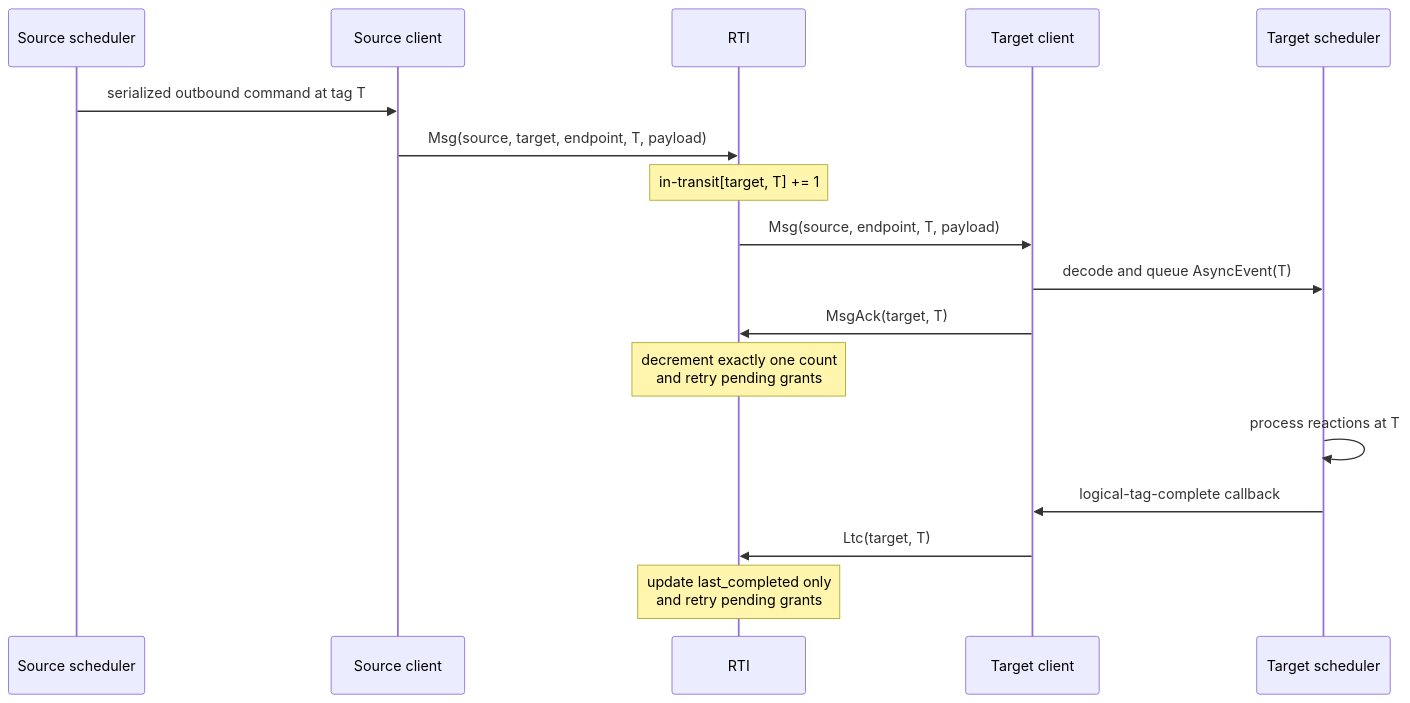
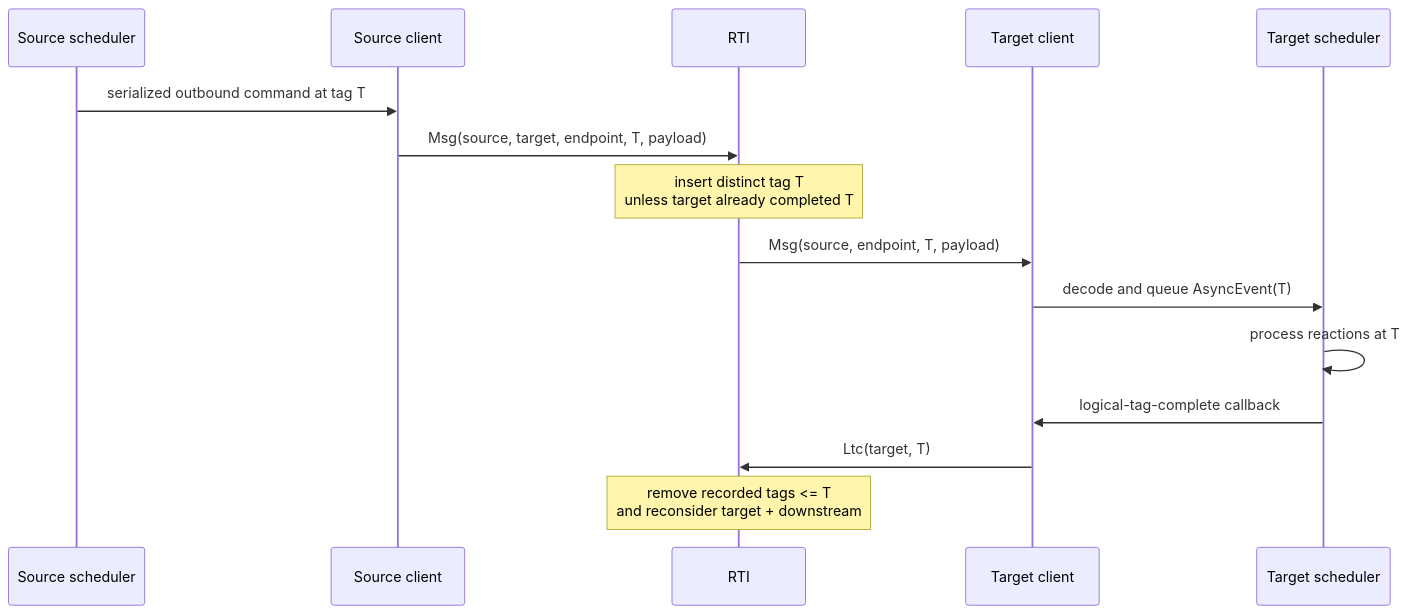
One commit to jondo2010/boomerang changed the third of 4 diagrams in docs/federated-protocol.md. Above: the diagram before and after it, drawn with Mermaid. The commit also changed other lines of this file and 24 other files, not shown here.

````diff
--- a/docs/federated-protocol.md
+++ b/docs/federated-protocol.md
@@ -132,20 +184,18 @@
 ```mermaid
 sequenceDiagram
     participant SS as Source scheduler
     participant SC as Source client
     participant R as RTI
     participant TC as Target client
     participant TS as Target scheduler
 
     SS->>SC: serialized outbound command at tag T
     SC->>R: Msg(source, target, endpoint, T, payload)
-    Note over R: in-transit[target, T] += 1
+    Note over R: insert distinct tag T<br/>unless target already completed T
     R->>TC: Msg(source, endpoint, T, payload)
     TC->>TS: decode and queue AsyncEvent(T)
-    TC->>R: MsgAck(target, T)
-    Note over R: decrement exactly one count<br/>and retry pending grants
     TS->>TS: process reactions at T
     TS->>TC: logical-tag-complete callback
     TC->>R: Ltc(target, T)
-    Note over R: update last_completed only<br/>and retry pending grants
+    Note over R: remove recorded tags <= T<br/>and reconsider target + downstream
 ```
````
